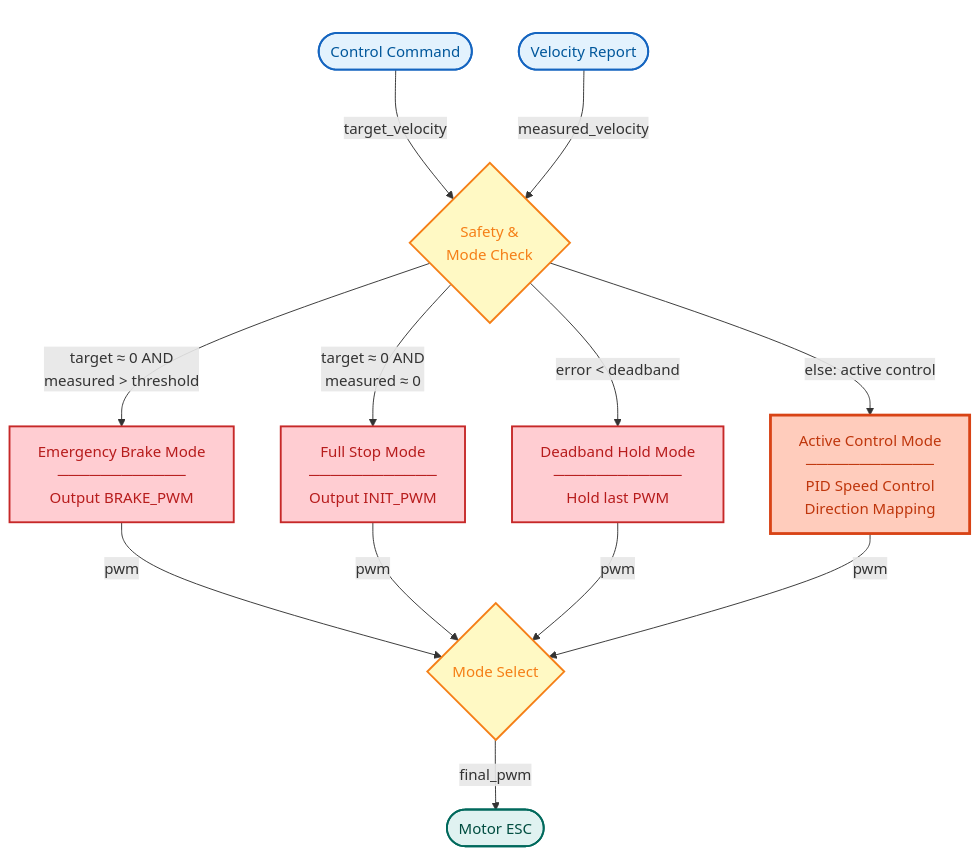
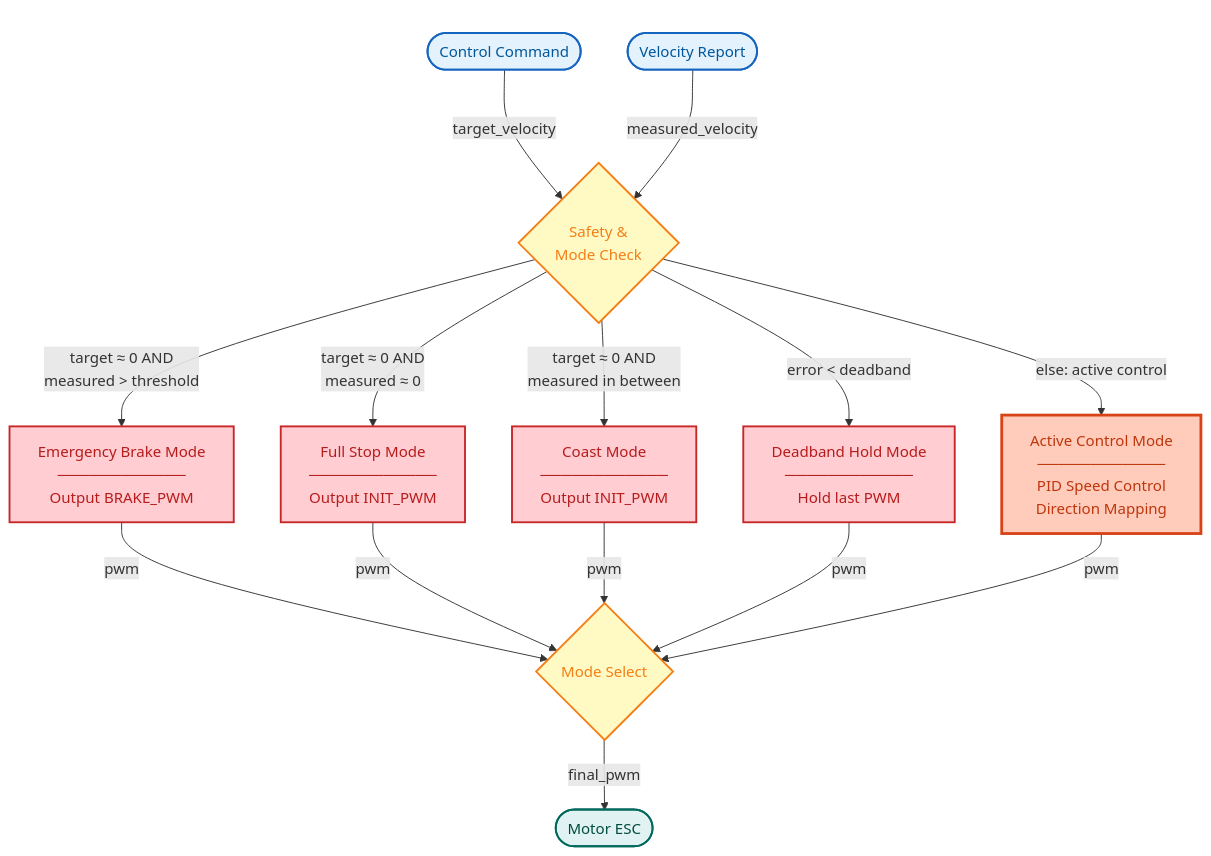
The first of 5 diagrams in autosdv_vehicle_interface/README.md (NEWSLabNTU/autosdv_vehicle_launch), drawn with Mermaid before and after one commit. The commit also changed other lines of this file and 3 other files, not shown here.

````diff
--- a/autosdv_vehicle_interface/README.md
+++ b/autosdv_vehicle_interface/README.md
@@ -18,48 +18,52 @@
 ```mermaid
 flowchart TD
     %% Data Sources - Grouped in invisible subgraph
     subgraph DataSources [" "]
         ControlCmd([Control Command])
         VelReport([Velocity Report])
     end
 
     %% Control mode selection
     ControlCmd -->|target_velocity| SafetyCheck{Safety &<br/>Mode Check}
     VelReport -->|measured_velocity| SafetyCheck
 
     %% Emergency Brake Mode
     SafetyCheck -->|target ≈ 0 AND<br/>measured > threshold| EmergencyBrake[Emergency Brake Mode<br/>────────────<br/>Output BRAKE_PWM]
 
     %% Full Stop Mode
     SafetyCheck -->|target ≈ 0 AND<br/>measured ≈ 0| FullStop[Full Stop Mode<br/>────────────<br/>Output INIT_PWM]
 
+    %% Coast Mode
+    SafetyCheck -->|target ≈ 0 AND<br/>measured in between| Coast[Coast Mode<br/>────────────<br/>Output INIT_PWM]
+
     %% Deadband Hold Mode
     SafetyCheck -->|error < deadband| DeadbandHold[Deadband Hold Mode<br/>────────────<br/>Hold last PWM]
 
     %% Active Control Mode
     SafetyCheck -->|else: active control| ActiveControl[Active Control Mode<br/>────────────<br/>PID Speed Control<br/>Direction Mapping]
 
     %% Output Selection
     EmergencyBrake -->|pwm| OutputMux{Mode Select}
     FullStop -->|pwm| OutputMux
+    Coast -->|pwm| OutputMux
     DeadbandHold -->|pwm| OutputMux
     ActiveControl -->|pwm| OutputMux
 
     %% Final Output
     OutputMux -->|final_pwm| Motor([Motor ESC])
 
     %% Styling with darker text for bright backgrounds
     classDef sourceClass fill:#e3f2fd,stroke:#1565c0,stroke-width:2px,color:#01579b
     classDef decisionClass fill:#fff9c4,stroke:#f57f17,stroke-width:2px,color:#f57f17
     classDef modeClass fill:#ffccbc,stroke:#d84315,stroke-width:3px,color:#bf360c
     classDef specialClass fill:#ffcdd2,stroke:#c62828,stroke-width:2px,color:#b71c1c
     classDef sinkClass fill:#e0f2f1,stroke:#00695c,stroke-width:2px,color:#004d40
     classDef invisibleGroup fill:none,stroke:none
 
     class ControlCmd,VelReport sourceClass
     class SafetyCheck,OutputMux decisionClass
     class ActiveControl modeClass
-    class EmergencyBrake,FullStop,DeadbandHold specialClass
+    class EmergencyBrake,FullStop,Coast,DeadbandHold specialClass
     class Motor sinkClass
     class DataSources invisibleGroup
 ```
````
